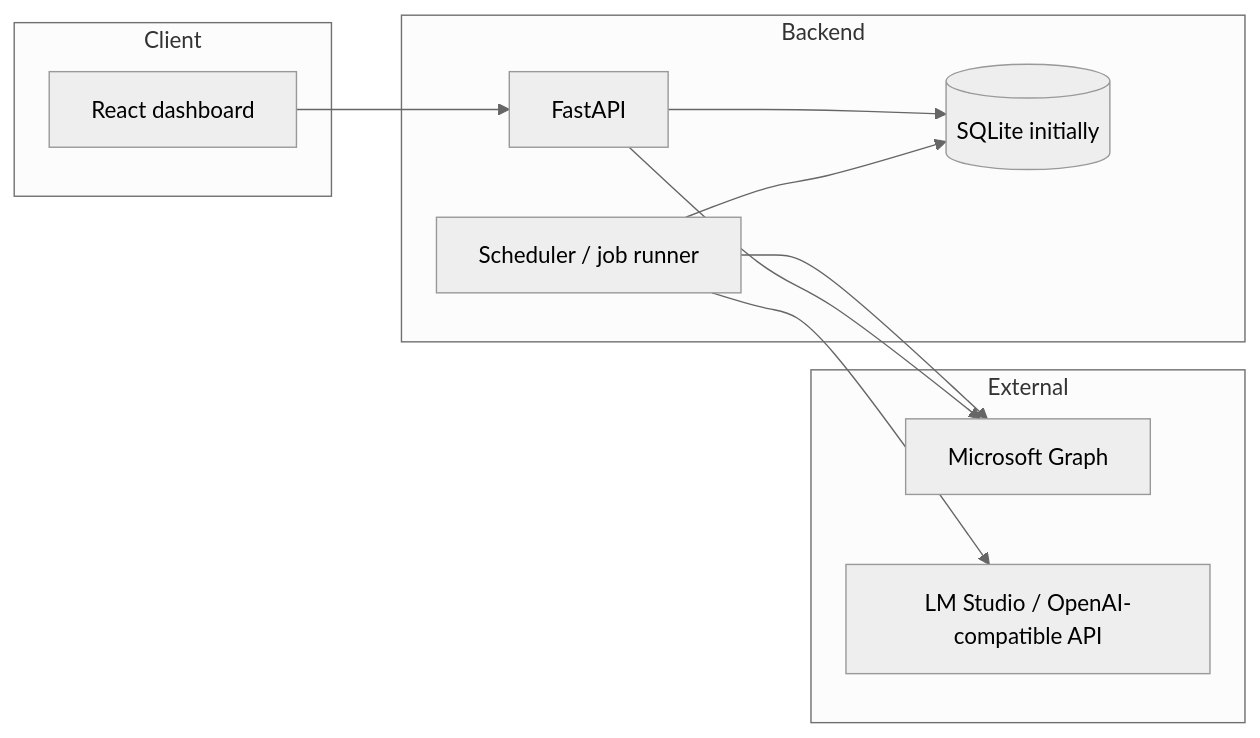
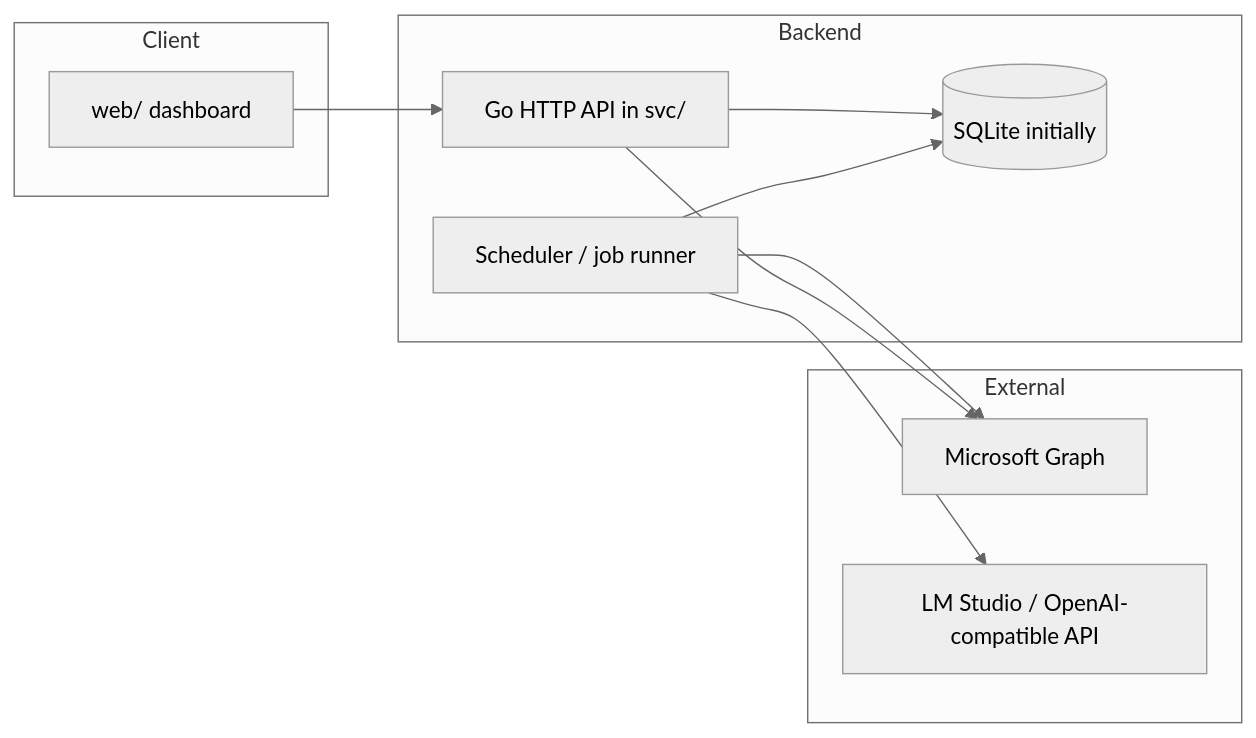
Before and after one commit to Kapital-B/automata: the first of 3 diagrams in docs/specs/initial.md, drawn with Mermaid (neutral theme). The commit also changed other lines of this file and 3 other files, not shown here.

Commit message:
docs: monorepo svc/web, Go backend, Phase 1 API-only; add placeholders

````diff
--- a/docs/specs/initial.md
+++ b/docs/specs/initial.md
@@ -13,21 +13,21 @@
 ```mermaid
 flowchart LR
   subgraph client [Client]
-    UI[React dashboard]
+    UI[web/ dashboard]
   end
   subgraph backend [Backend]
-    API[FastAPI]
+    API[Go HTTP API in svc/]
     Jobs[Scheduler / job runner]
     DB[(SQLite initially)]
   end
   subgraph external [External]
     Graph[Microsoft Graph]
     LLM[LM Studio / OpenAI-compatible API]
   end
   UI --> API
   API --> DB
   Jobs --> DB
   Jobs --> Graph
   Jobs --> LLM
   API --> Graph
 ```
````
